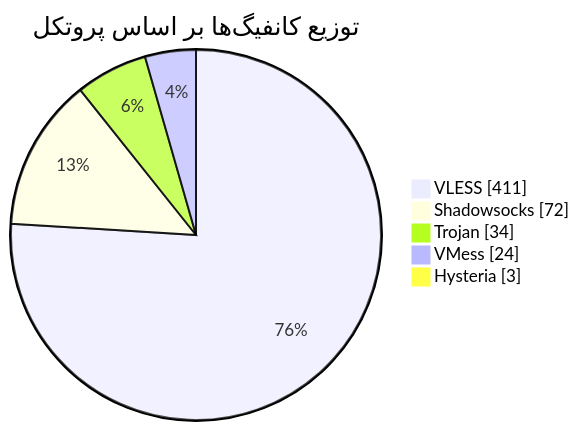
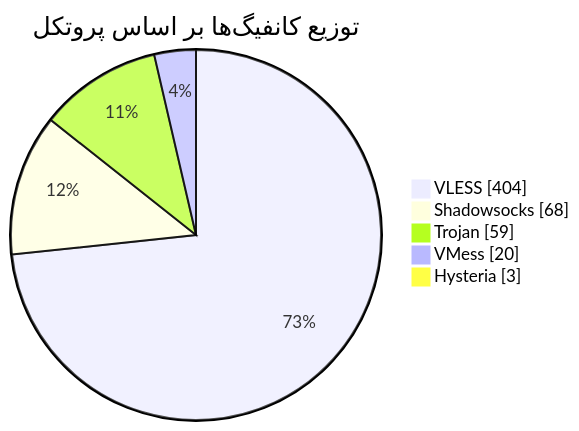
One commit to Arian-Alijani/Somthing changed the diagram in README.md. Above: the diagram before and after it, drawn with Mermaid. The commit also changed other lines of this file and 73 other files, not shown here.

````diff
--- a/README.md
+++ b/README.md
@@ -47,9 +47,9 @@
 ```mermaid
 pie showData
     title توزیع کانفیگ‌ها بر اساس پروتکل
-    "VLESS" : 411
-    "Shadowsocks" : 72
-    "Trojan" : 34
-    "VMess" : 24
+    "VLESS" : 404
+    "Shadowsocks" : 68
+    "Trojan" : 59
+    "VMess" : 20
     "Hysteria" : 3
 ```
````
